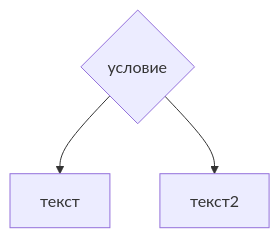
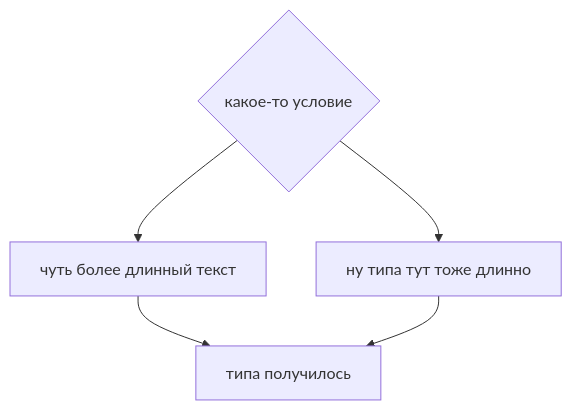
The sixth of 6 diagrams in README.md (SofiiaBobr5565/Mermaid_syntax_hints_for_md), drawn with Mermaid before and after one commit.

````diff
--- a/README.md
+++ b/README.md
@@ -63,4 +63,4 @@
 ```mermaid
 flowchart TB
-node8{условие}--> id1["текст"] & id2["текст2"]
+node8{какое-то условие}--> id1["чуть более длинный текст"] & id2["ну типа тут тоже длинно"]--> id3["типа получилось"]
 ```
````
